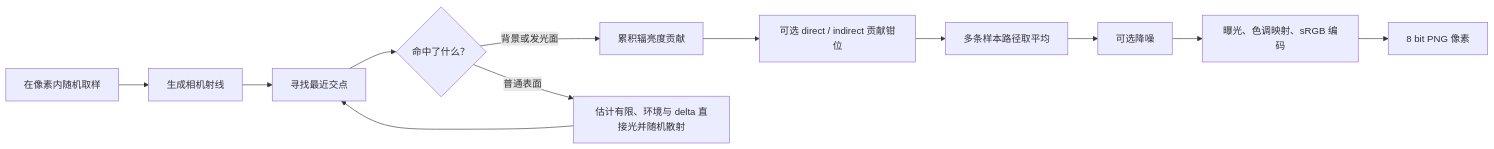
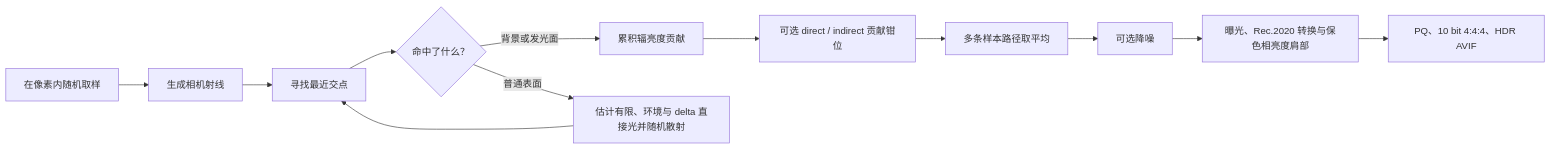
The diagram in docs/technical-report/README.md (goooxu/SpectralDock), drawn with Mermaid before and after one commit. The commit also changed other lines of this file and 174 other files, not shown here.

First line of the commit message:
feat: require HDR AVIF and GPU-only PhysX

```diff
--- a/docs/technical-report/README.md
+++ b/docs/technical-report/README.md
@@ -25,14 +25,14 @@
 ~~~mermaid
 flowchart LR
     A["在像素内随机取样"] --> B["生成相机射线"]
     B --> C["寻找最近交点"]
     C --> D{"命中了什么？"}
     D -->|背景或发光面| E["累积辐亮度贡献"]
     D -->|普通表面| F["估计有限、环境与 delta 直接光并随机散射"]
     F --> C
     E --> K["可选 direct / indirect 贡献钳位"]
     K --> G["多条样本路径取平均"]
     G --> H["可选降噪"]
-    H --> I["曝光、色调映射、sRGB 编码"]
-    I --> J["8 bit PNG 像素"]
+    H --> I["曝光、Rec.2020 转换与保色相亮度肩部"]
+    I --> J["PQ、10 bit 4:4:4、HDR AVIF"]
 ~~~
```
